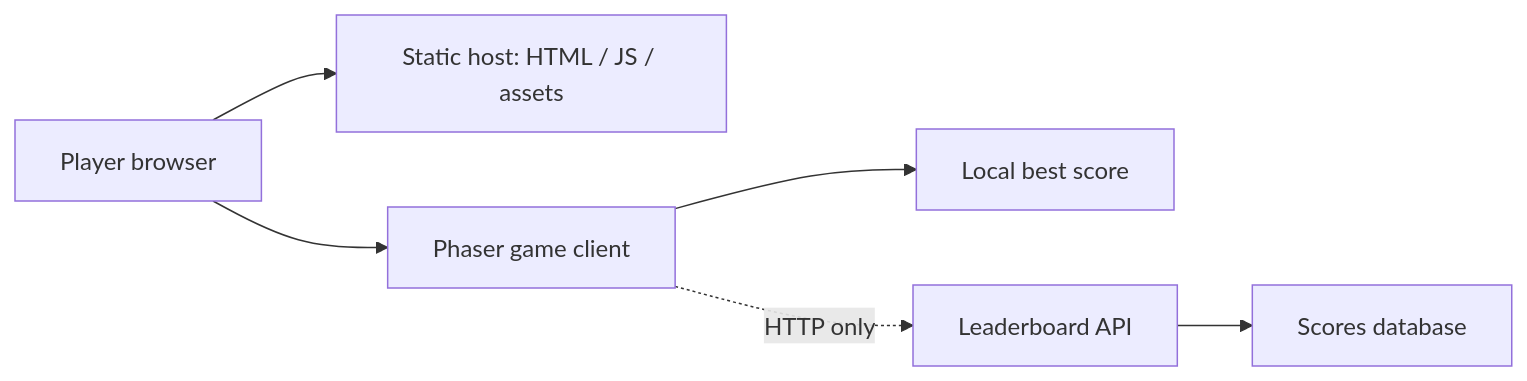
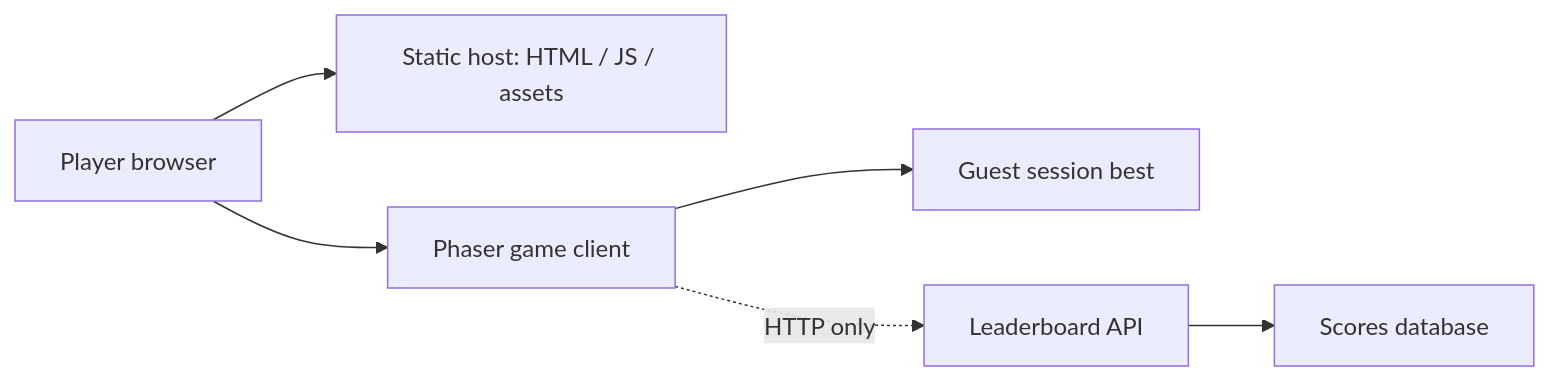
The diagram in docs/TECHNICAL.md (JIwongeun/codex-game), drawn with Mermaid before and after one commit. The commit also changed other lines of this file and 15 other files, not shown here.

Commit message:
feat: simplify guest session flow

````diff
--- a/docs/TECHNICAL.md
+++ b/docs/TECHNICAL.md
@@ -43,8 +43,8 @@
 ```mermaid
 flowchart LR
     P["Player browser"] --> S["Static host: HTML / JS / assets"]
     P --> G["Phaser game client"]
-    G --> L["Local best score"]
+    G --> L["Guest session best"]
     G -. "HTTP only" .-> A["Leaderboard API"]
     A --> D["Scores database"]
 ```
````
